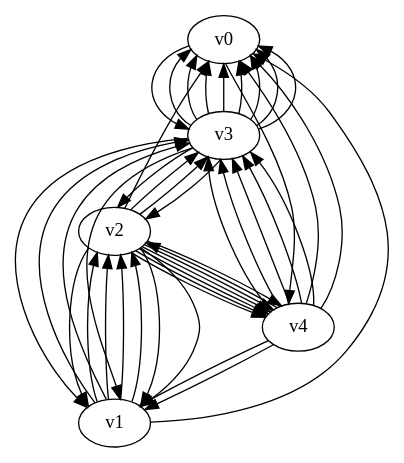
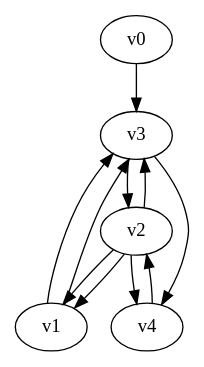
The diagram in diagraph.dot (yadej/graph_project), drawn with Graphviz before and after one commit. The commit also changed 2 other files, not shown here.

```diff
--- a/diagraph.dot
+++ b/diagraph.dot
@@ -1,23 +1,8 @@
 digraph G { 
 v0 -> v3;
-v0 -> v4 -> v3;
-v1 -> v0;
-v1 -> v3 -> v0;
-v1 -> v3 -> v0;
-v2 -> v0;
-v2 -> v3 -> v0;
-v2 -> v3 -> v0;
-v2 -> v4 -> v0;
-v2 -> v4 -> v0;
-v2 -> v4 -> v3 -> v0;
-v2 -> v4 -> v3 -> v0;
-v2 -> v4 -> v3 -> v0;
-v2 -> v4 -> v3 -> v0;
-v3 -> v1 -> v2;
-v3 -> v1 -> v2;
-v3 -> v2 -> v1;
-v3 -> v2 -> v1;
-v4 -> v1 -> v2;
-v4 -> v1 -> v2;
-v4 -> v2 -> v1;
+v2 -> v1 -> v3;
+v2 -> v1 -> v3;
+v2 -> v3;
+v3 -> v2 -> v4;
+v3 -> v4 -> v2;
 }
```
